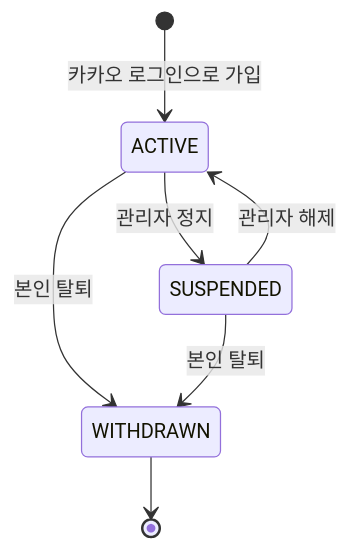
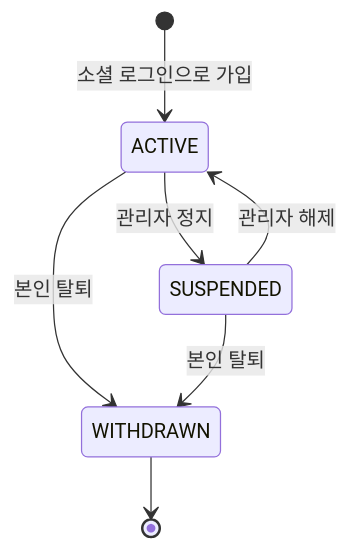
The second of 4 diagrams in docs/도메인-모델.md (kwakseobang/AuDDum), drawn with Mermaid before and after one commit. The commit also changed other lines of this file and 40 other files, not shown here.

````diff
--- a/docs/도메인-모델.md
+++ b/docs/도메인-모델.md
@@ -226,9 +225,9 @@
 ```mermaid
 stateDiagram-v2
-    [*] --> ACTIVE : 카카오 로그인으로 가입
+    [*] --> ACTIVE : 소셜 로그인으로 가입
     ACTIVE --> SUSPENDED : 관리자 정지
     SUSPENDED --> ACTIVE : 관리자 해제
     ACTIVE --> WITHDRAWN : 본인 탈퇴
     SUSPENDED --> WITHDRAWN : 본인 탈퇴
     WITHDRAWN --> [*]
 ```
````
